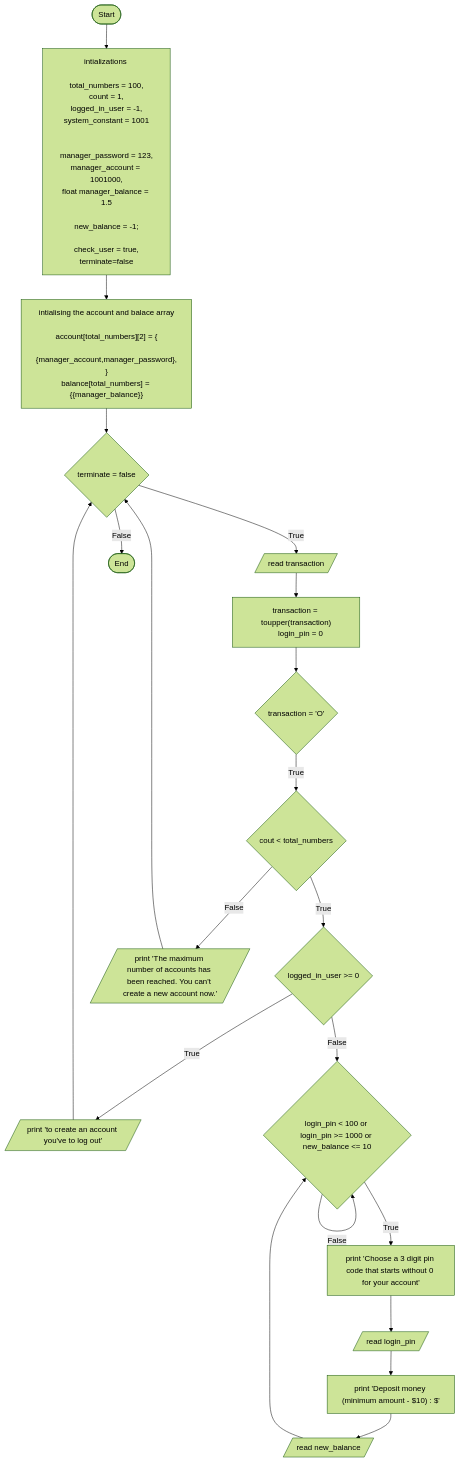
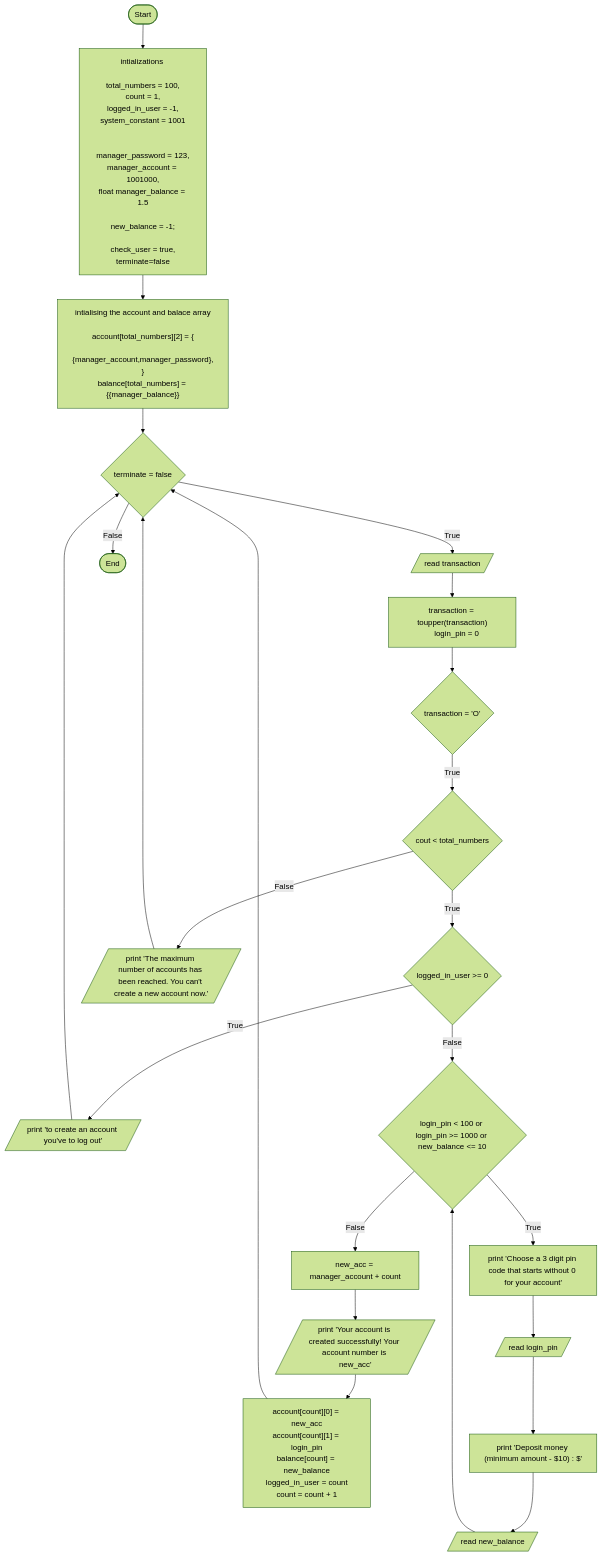
Before and after one commit to Ludis-ET/Bank-Account: the diagram in FoP I/flowchart.md, drawn with Mermaid (forest theme).

Commit message:
finishing the o

```diff
--- a/FoP I/flowchart.md
+++ b/FoP I/flowchart.md
@@ -62,7 +62,19 @@
 
     J1 --> |True| J2["print 'Choose a 3 digit pin code that starts without 0 for your account' "]
 
-    J1 --> |False| J1
+    J1 --> |False| K["new_acc = manager_account + count"]
+    
+    K --> L[/print 'Your account is created successfully! Your account number is new_acc'/]
+
+    L --> L1["
+    account[count][0] = new_acc
+    account[count][1] = login_pin
+    balance[count] = new_balance
+    logged_in_user = count
+    count = count + 1
+    "]
+
+    L1 --> D
 
     J2 --> J3[/read login_pin/]
 
```
